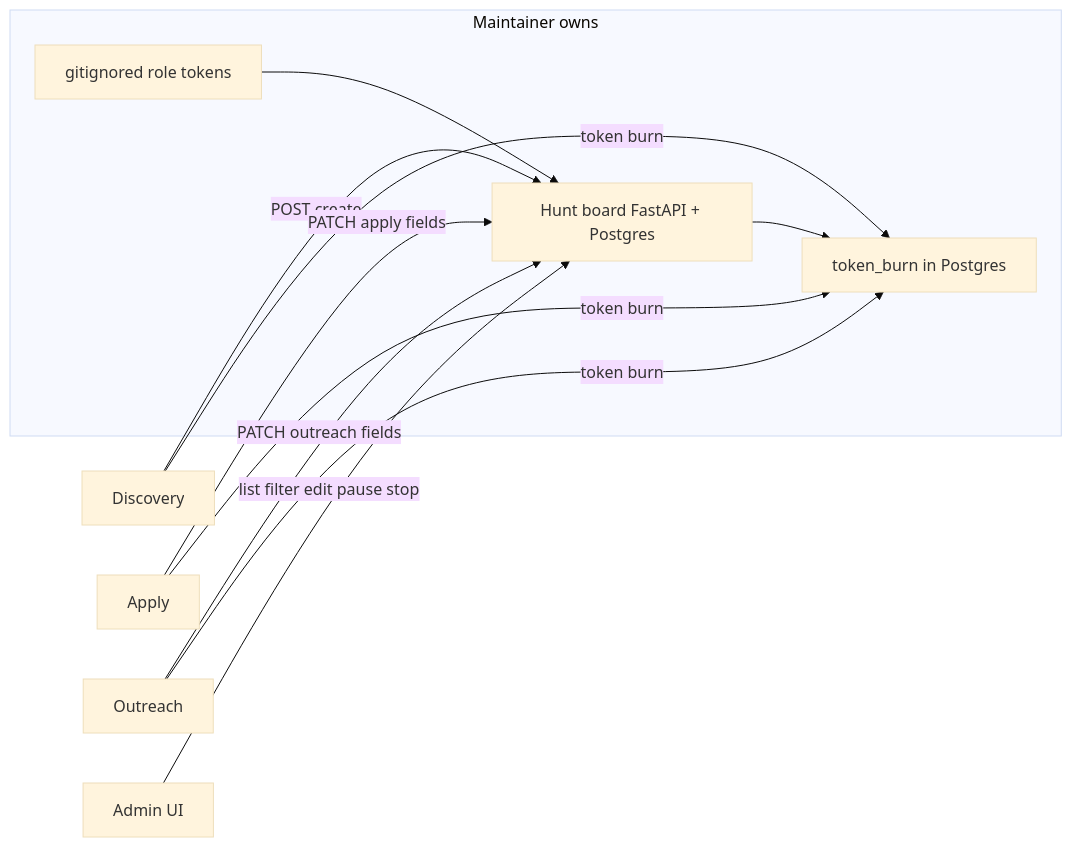
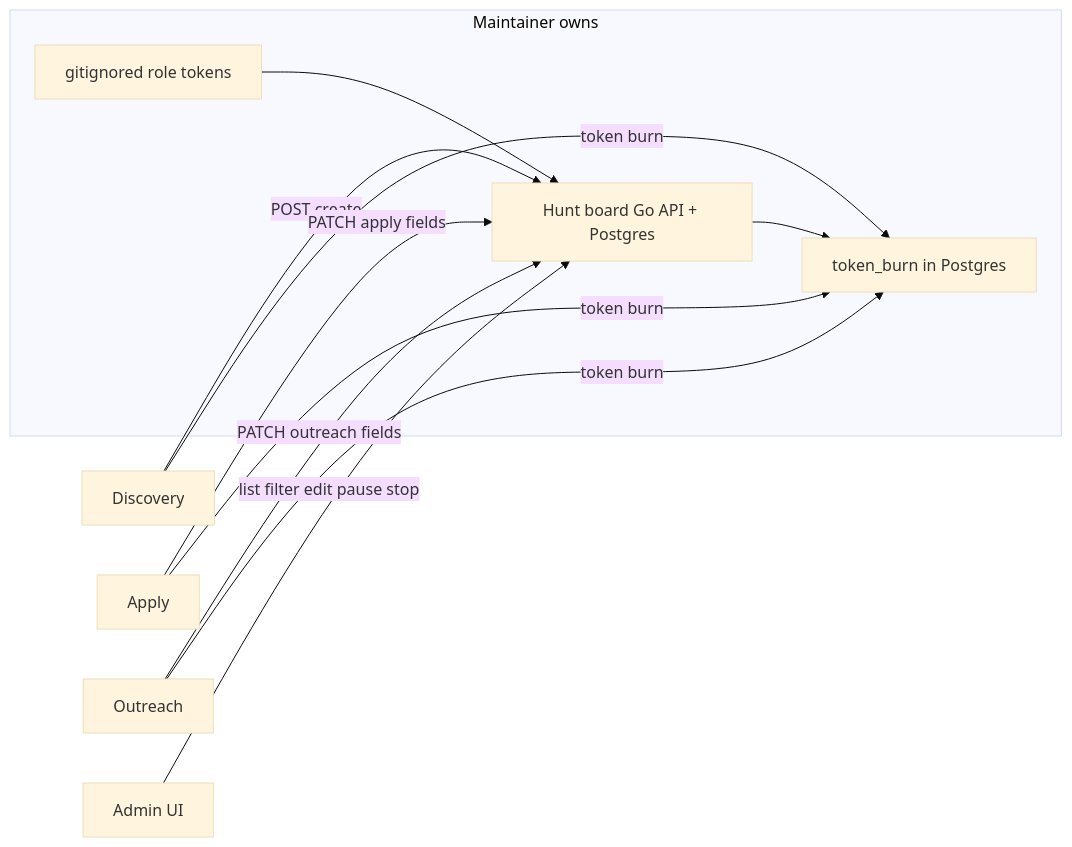
One commit to unownone/jobos changed the diagram in board/README.md. Above: the diagram before and after it, drawn with Mermaid (base theme). The commit also changed other lines of this file and 176 other files, not shown here.

````diff
--- a/board/README.md
+++ b/board/README.md
@@ -29,18 +32,18 @@
 ```mermaid
 flowchart LR
   subgraph maintainer [Maintainer owns]
-    board[Hunt board FastAPI + Postgres]
+    board[Hunt board Go API + Postgres]
     tokens[gitignored role tokens]
     metrics[token_burn in Postgres]
   end
 
   tokens --> board
   disc[Discovery] -->|POST create| board
   apply[Apply] -->|PATCH apply fields| board
   out[Outreach] -->|PATCH outreach fields| board
   admin[Admin UI] -->|list filter edit pause stop| board
   disc -->|token burn| metrics
   apply -->|token burn| metrics
   out -->|token burn| metrics
   board --> metrics
 ```
````
